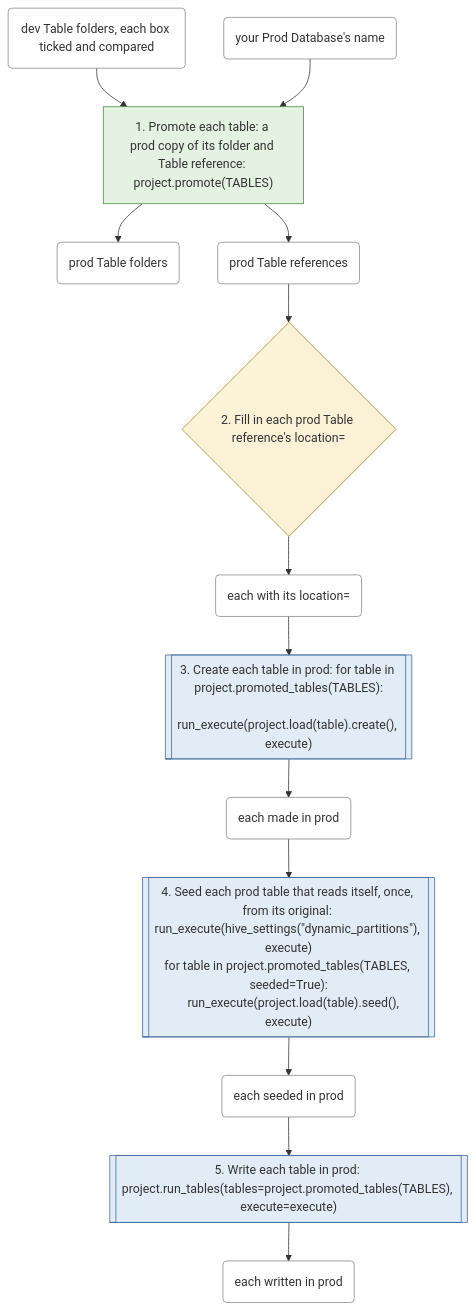
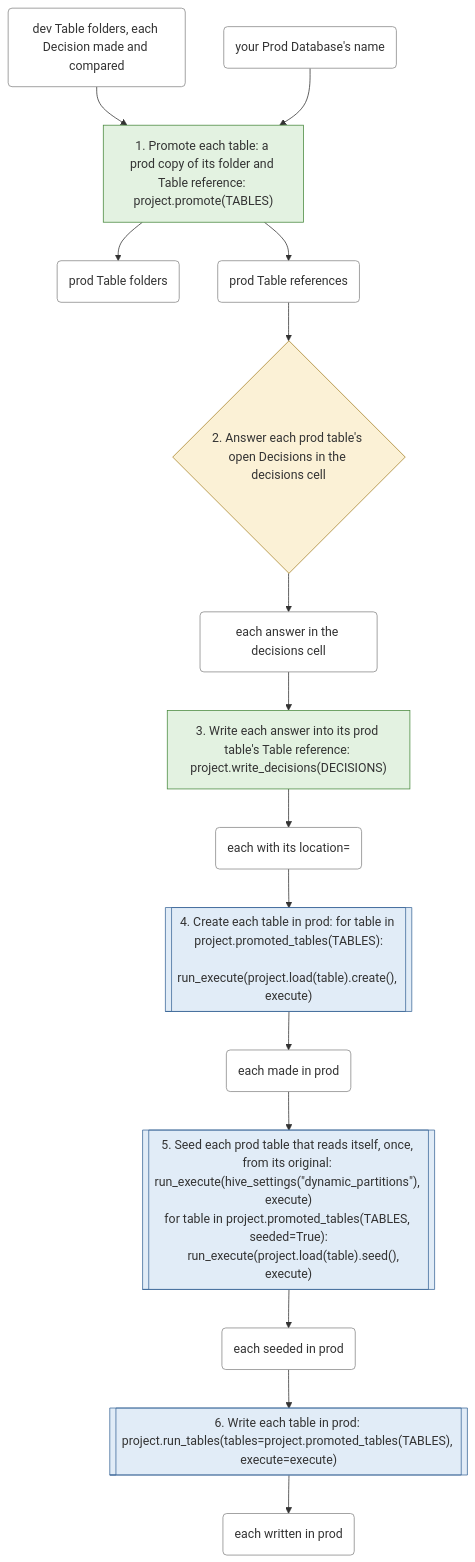
The second of 6 diagrams in docs/workflows.md (EdgyPage/SQL-Composer), drawn with Mermaid before and after one commit. The commit also changed other lines of this file and 43 other files, not shown here.

````diff
--- a/docs/workflows.md
+++ b/docs/workflows.md
@@ -72,35 +77,39 @@
 ```mermaid
 flowchart TD
     s0["1. Promote each table: a prod copy of its folder and Table reference: project.promote(TABLES)"]:::files_only
-    s1{"2. Fill in each prod Table reference's location="}:::your_decision
-    s2[["3. Create each table in prod: for table in project.promoted_tables(TABLES):
+    s1{"2. Answer each prod table's open Decisions in the decisions cell"}:::your_decision
+    s2["3. Write each answer into its prod table's Table reference: project.write_decisions(DECISIONS)"]:::files_only
+    s3[["4. Create each table in prod: for table in project.promoted_tables(TABLES):
     run_execute(project.load(table).create(), execute)"]]:::warehouse_call
-    s3[["4. Seed each prod table that reads itself, once, from its original: run_execute(hive_settings(#quot;dynamic_partitions#quot;), execute)
+    s4[["5. Seed each prod table that reads itself, once, from its original: run_execute(hive_settings(#quot;dynamic_partitions#quot;), execute)
 for table in project.promoted_tables(TABLES, seeded=True):
     run_execute(project.load(table).seed(), execute)"]]:::warehouse_call
-    s4[["5. Write each table in prod: project.run_tables(tables=project.promoted_tables(TABLES), execute=execute)"]]:::warehouse_call
-    t0("dev Table folders, each box ticked and compared"):::thing
+    s5[["6. Write each table in prod: project.run_tables(tables=project.promoted_tables(TABLES), execute=execute)"]]:::warehouse_call
+    t0("dev Table folders, each Decision made and compared"):::thing
     t1("your Prod Database's name"):::thing
     t2("prod Table folders"):::thing
     t3("prod Table references"):::thing
-    t4("each with its location="):::thing
-    t5("each made in prod"):::thing
-    t6("each seeded in prod"):::thing
-    t7("each written in prod"):::thing
+    t4("each answer in the decisions cell"):::thing
+    t5("each with its location="):::thing
+    t6("each made in prod"):::thing
+    t7("each seeded in prod"):::thing
+    t8("each written in prod"):::thing
     t0 --> s0
     t1 --> s0
     s0 --> t2
     s0 --> t3
     t3 --> s1
     s1 --> t4
     t4 --> s2
     s2 --> t5
     t5 --> s3
     s3 --> t6
     t6 --> s4
     s4 --> t7
+    t7 --> s5
+    s5 --> t8
     classDef files_only fill:#e3f2e1,stroke:#4a8a3f
     classDef warehouse_call fill:#e1ecf7,stroke:#3f6a9a
     classDef your_decision fill:#fbf1d6,stroke:#a8842a
     classDef thing fill:#ffffff,stroke:#888888
 ```
````
